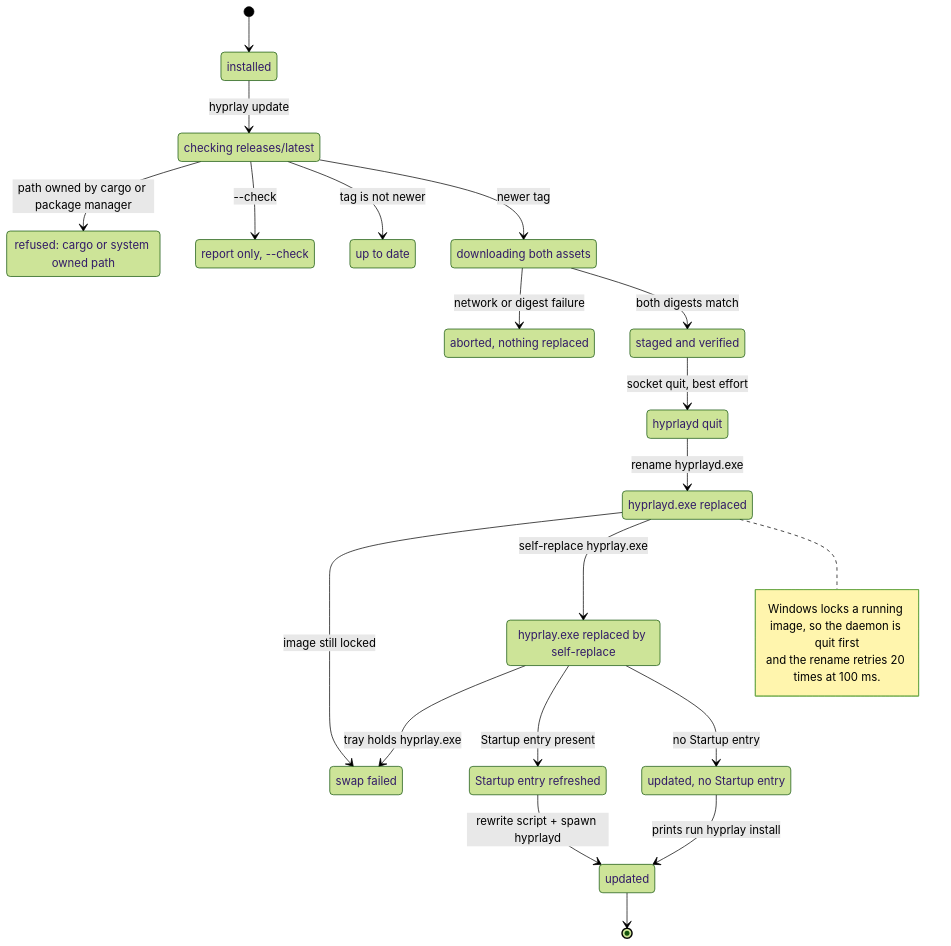
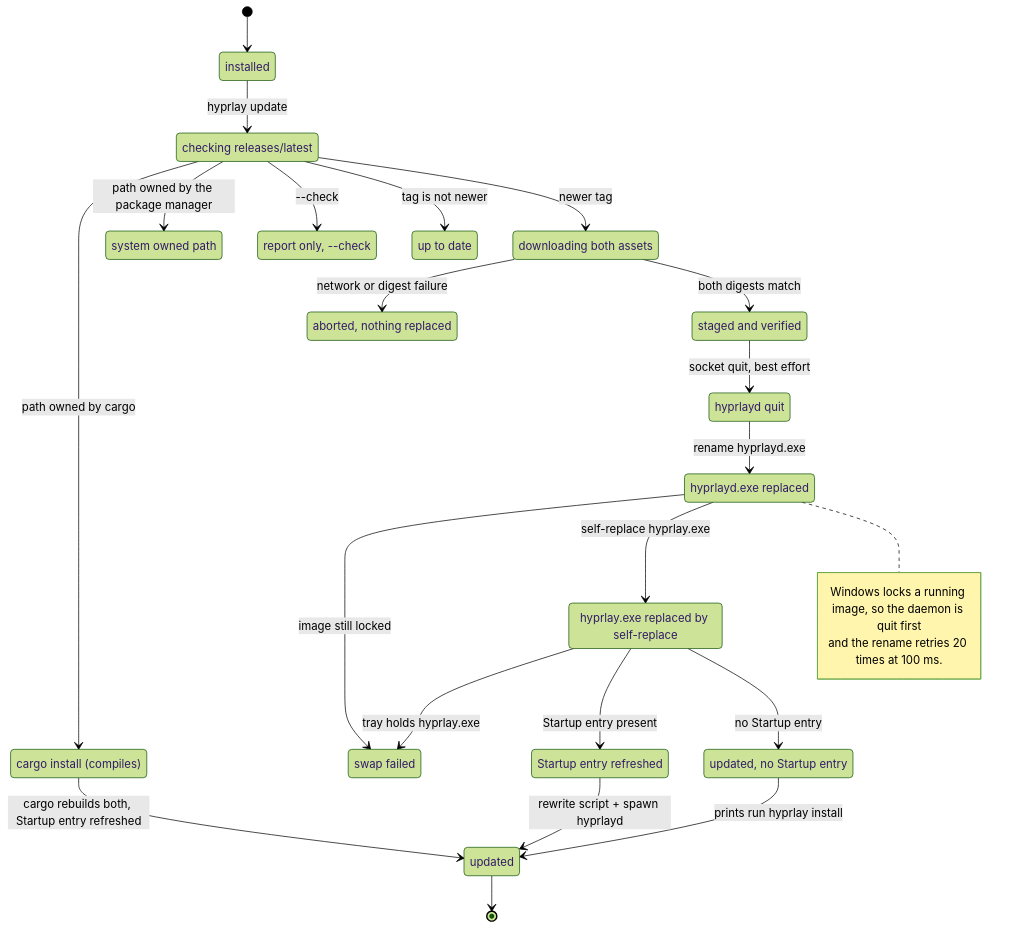
Before and after one commit to FAZuH/hyprlay: the diagram in docs/diagrams/updating/windows.mmd, drawn with Mermaid (forest theme). The commit also changed 6 other files, not shown here.

First line of the commit message:
docs: document the cargo update path

```diff
--- a/docs/diagrams/updating/windows.mmd
+++ b/docs/diagrams/updating/windows.mmd
@@ -1,43 +1,46 @@
 stateDiagram-v2
     direction TB
 
     state "installed" as Installed
     state "checking releases/latest" as Checking
     state "up to date" as Current
-    state "refused: cargo or system owned path" as Refused
+    state "system owned path" as Refused
+    state "cargo install (compiles)" as CargoInstall
     state "report only, --check" as Reporting
     state "downloading both assets" as Downloading
     state "aborted, nothing replaced" as Aborted
     state "staged and verified" as Staged
     state "hyprlayd quit" as DaemonQuit
     state "hyprlayd.exe replaced" as DaemonReplaced
     state "hyprlay.exe replaced by self-replace" as CliReplaced
     state "Startup entry refreshed" as Refreshing
     state "updated, no Startup entry" as NoService
     state "updated" as Updated
     state "swap failed" as SwapFailed
 
     [*] --> Installed
     Installed --> Checking : hyprlay update
-    Checking --> Refused : path owned by cargo or package manager
+    Checking --> CargoInstall : path owned by cargo
+    Checking --> Refused : path owned by the package manager
     Checking --> Reporting : --check
     Checking --> Current : tag is not newer
     Checking --> Downloading : newer tag
     Downloading --> Aborted : network or digest failure
     Downloading --> Staged : both digests match
 
     Staged --> DaemonQuit : socket quit, best effort
     DaemonQuit --> DaemonReplaced : rename hyprlayd.exe
     DaemonReplaced --> SwapFailed : image still locked
     DaemonReplaced --> CliReplaced : self-replace hyprlay.exe
     CliReplaced --> SwapFailed : tray holds hyprlay.exe
     CliReplaced --> Refreshing : Startup entry present
     CliReplaced --> NoService : no Startup entry
     Refreshing --> Updated : rewrite script + spawn hyprlayd
     NoService --> Updated : prints run hyprlay install
+    CargoInstall --> Updated : cargo rebuilds both, Startup entry refreshed
     Updated --> [*]
 
     note right of DaemonReplaced
         Windows locks a running image, so the daemon is quit first
         and the rename retries 20 times at 100 ms.
     end note
```
